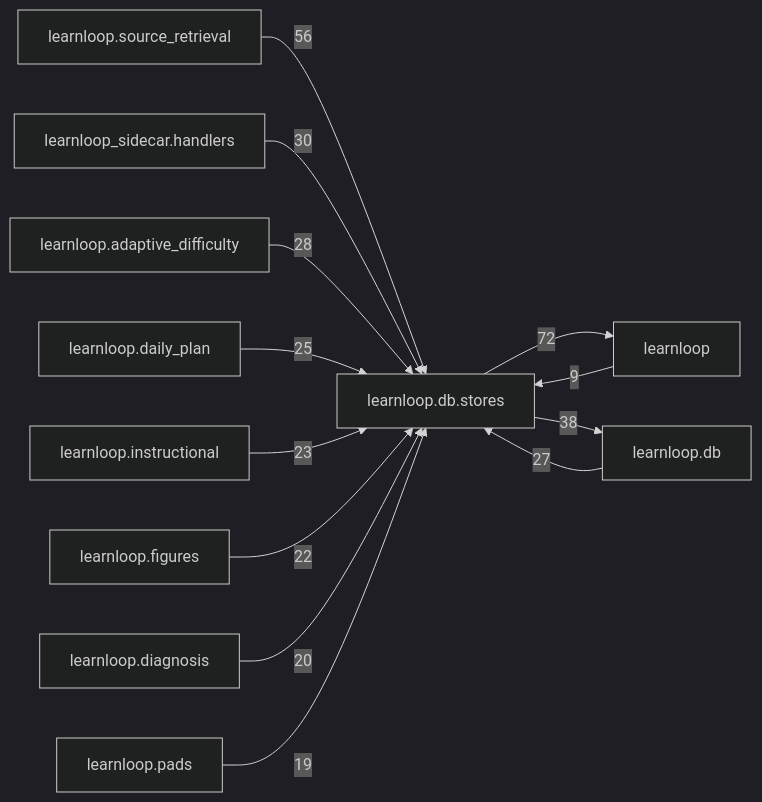
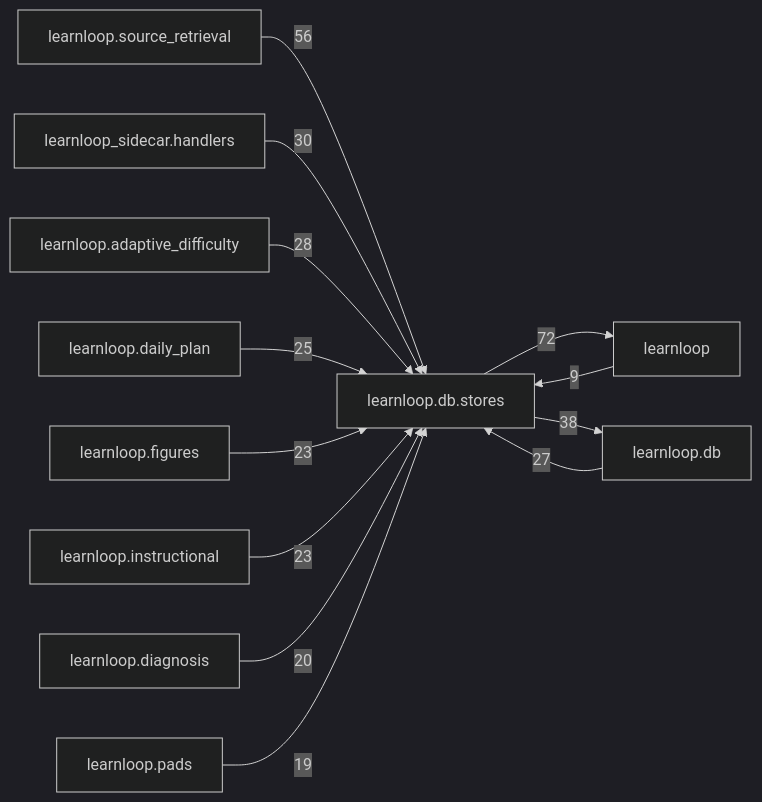
Before and after one commit to 6up-b/learnanything: the diagram in docs/learnloop-architecture-vault/Reference/Modules/learnloop/db/stores/_package.md, drawn with Mermaid (dark theme). The commit also changed other lines of this file and 90 other files, not shown here.

````diff
--- a/docs/learnloop-architecture-vault/Reference/Modules/learnloop/db/stores/_package.md
+++ b/docs/learnloop-architecture-vault/Reference/Modules/learnloop/db/stores/_package.md
@@ -278,26 +278,26 @@
 ```mermaid
 flowchart LR
     center["learnloop.db.stores"]
     n_learnloop["learnloop"]
     n_learnloop_db["learnloop.db"]
     n_learnloop_source_retrieval["learnloop.source_retrieval"]
     n_learnloop_sidecar_handlers["learnloop_sidecar.handlers"]
     n_learnloop_adaptive_difficulty["learnloop.adaptive_difficulty"]
     n_learnloop_daily_plan["learnloop.daily_plan"]
+    n_learnloop_figures["learnloop.figures"]
     n_learnloop_instructional["learnloop.instructional"]
-    n_learnloop_figures["learnloop.figures"]
     n_learnloop_diagnosis["learnloop.diagnosis"]
     n_learnloop_pads["learnloop.pads"]
     n_learnloop -->|9| center
     center -->|72| n_learnloop
     n_learnloop_db -->|27| center
     center -->|38| n_learnloop_db
     n_learnloop_source_retrieval -->|56| center
     n_learnloop_sidecar_handlers -->|30| center
     n_learnloop_adaptive_difficulty -->|28| center
     n_learnloop_daily_plan -->|25| center
+    n_learnloop_figures -->|23| center
     n_learnloop_instructional -->|23| center
-    n_learnloop_figures -->|22| center
     n_learnloop_diagnosis -->|20| center
     n_learnloop_pads -->|19| center
 ```
````
